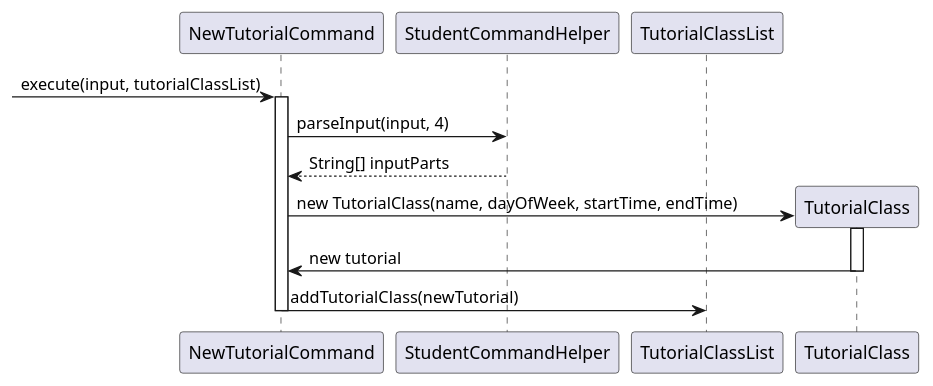
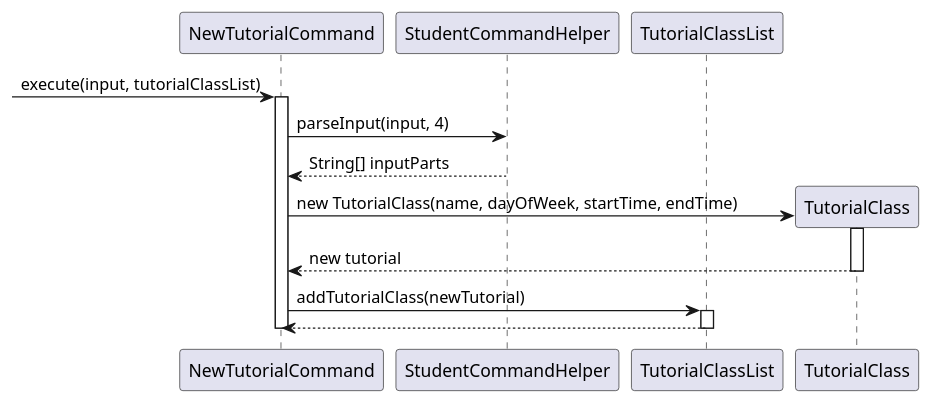
One commit to wongyihao02/tp changed the diagram in docs/diagrams/tutorialcommands/NewTutorialCommandSequenceDiagram.puml. Above: the diagram before and after it, drawn with PlantUML. The commit also changed 2 other files, not shown here.

```diff
--- a/docs/diagrams/tutorialcommands/NewTutorialCommandSequenceDiagram.puml
+++ b/docs/diagrams/tutorialcommands/NewTutorialCommandSequenceDiagram.puml
@@ -1,24 +1,27 @@
 @startuml
 participant "NewTutorialCommand" as Command
 participant "StudentCommandHelper" as Helper
 participant "TutorialClassList" as List
 participant "TutorialClass" as Tutorial
 
 -> Command: execute(input, tutorialClassList)
 
 activate Command
 
 Command -> Helper: parseInput(input, 4)
 Helper --> Command: String[] inputParts
 
 create Tutorial
 Command -> Tutorial: new TutorialClass(name, dayOfWeek, startTime, endTime)
 activate Tutorial
-Tutorial -> Command: new tutorial
+Tutorial --> Command: new tutorial
 deactivate Tutorial
 
 Command -> List: addTutorialClass(newTutorial)
+activate List
+List --> Command
+deactivate List
 
 
 deactivate Command
 @enduml
```
